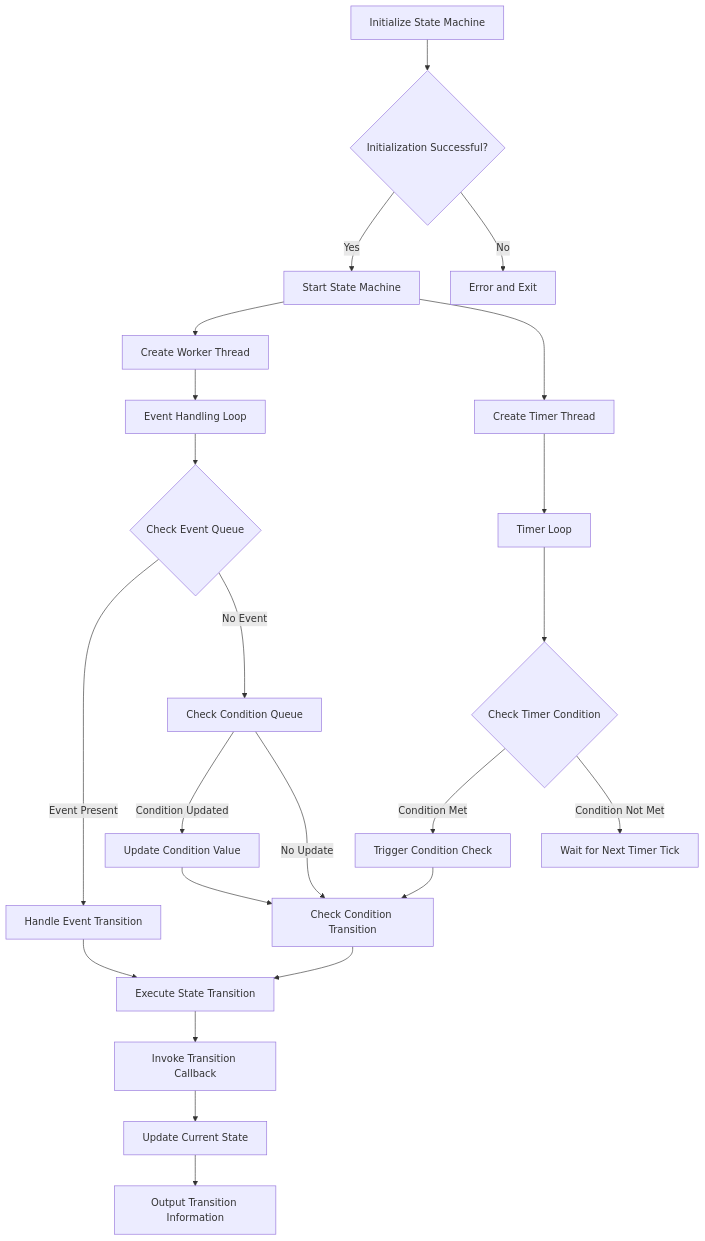
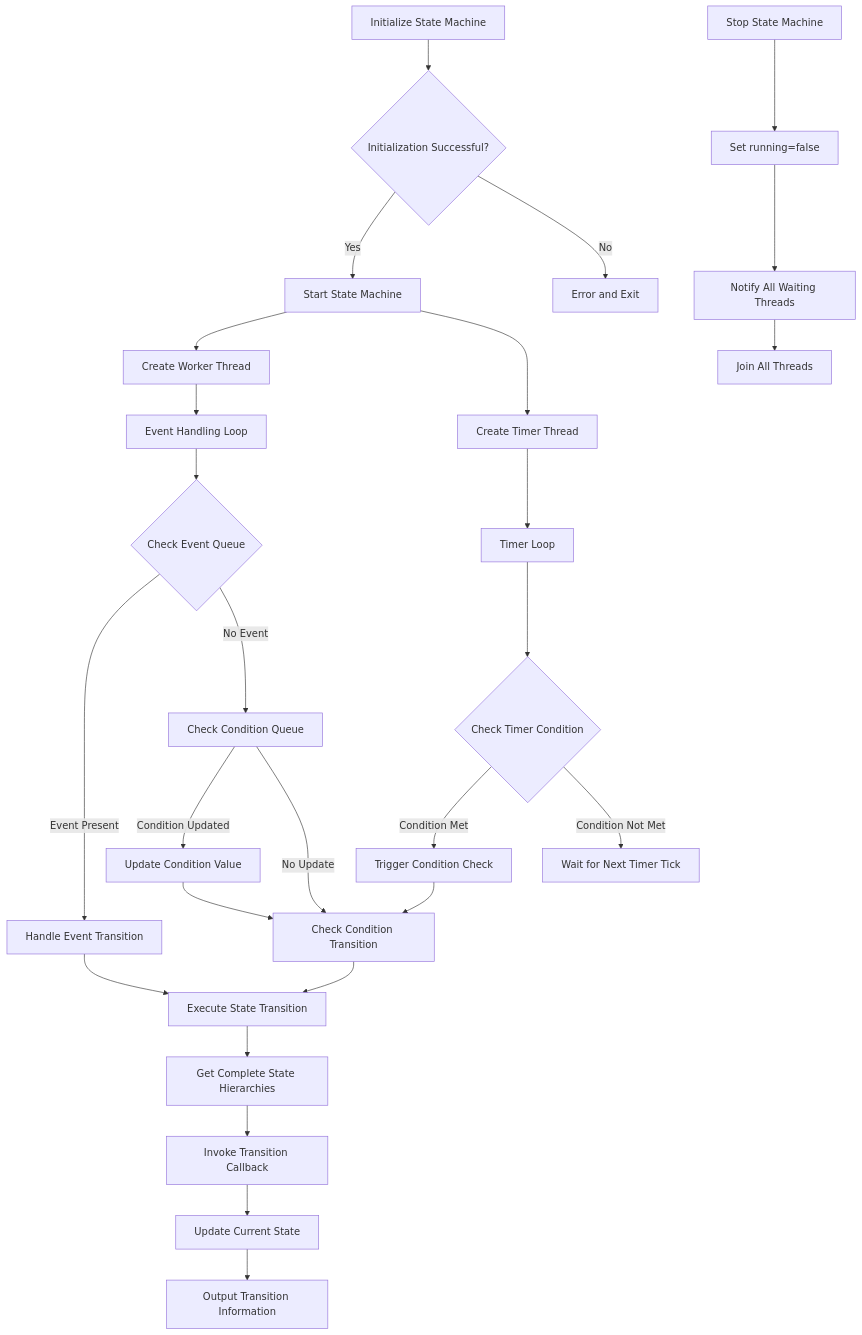
Before and after one commit to JUSTLIKEHU/StateMachine_Frame: the diagram in README.md, drawn with Mermaid. The commit also changed other lines of this file, not shown here.

````diff
--- a/README.md
+++ b/README.md
@@ -205,31 +223,36 @@
 ```mermaid
 graph TD
   A[Initialize State Machine] --> B{Initialization Successful?}
   B -->|Yes| C[Start State Machine]
   B -->|No| D[Error and Exit]
   
   C --> E[Create Worker Thread]
   C --> F[Create Timer Thread]
   
   E --> G[Event Handling Loop]
   G --> H{Check Event Queue}
   H -->|Event Present| I[Handle Event Transition]
   H -->|No Event| J[Check Condition Queue]
   
   J -->|Condition Updated| K[Update Condition Value]
   J -->|No Update| L[Check Condition Transition]
   
   F --> M[Timer Loop]
   M --> N{Check Timer Condition}
   N -->|Condition Met| O[Trigger Condition Check]
   N -->|Condition Not Met| P[Wait for Next Timer Tick]
   
   I --> Q[Execute State Transition]
   K --> L
   L --> Q
   O --> L
   
-  Q --> R[Invoke Transition Callback]
-  R --> S[Update Current State]
+  Q --> R1[Get Complete State Hierarchies]
+  R1 --> R2[Invoke Transition Callback]
+  R2 --> S[Update Current State]
   S --> T[Output Transition Information]
+  
+  Z[Stop State Machine] --> Z1[Set running=false]
+  Z1 --> Z2[Notify All Waiting Threads]
+  Z2 --> Z3[Join All Threads]
 ```
````
